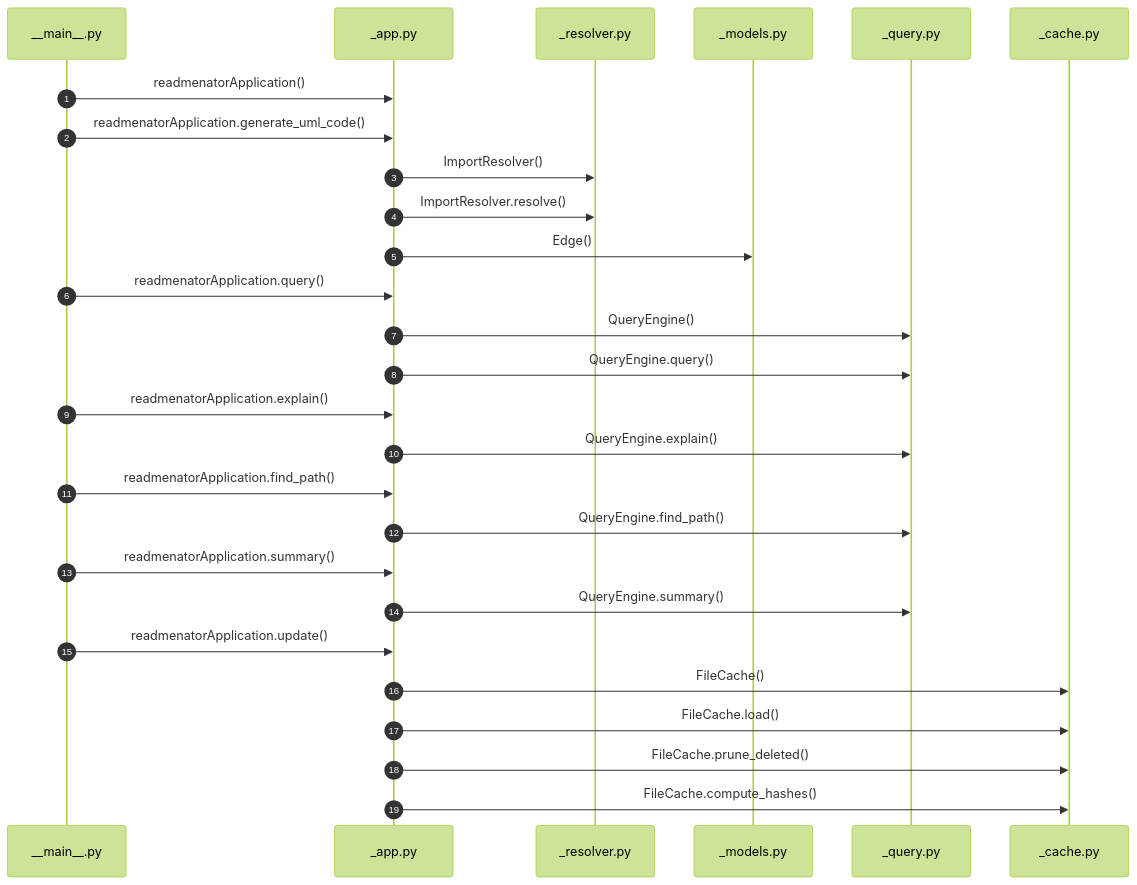
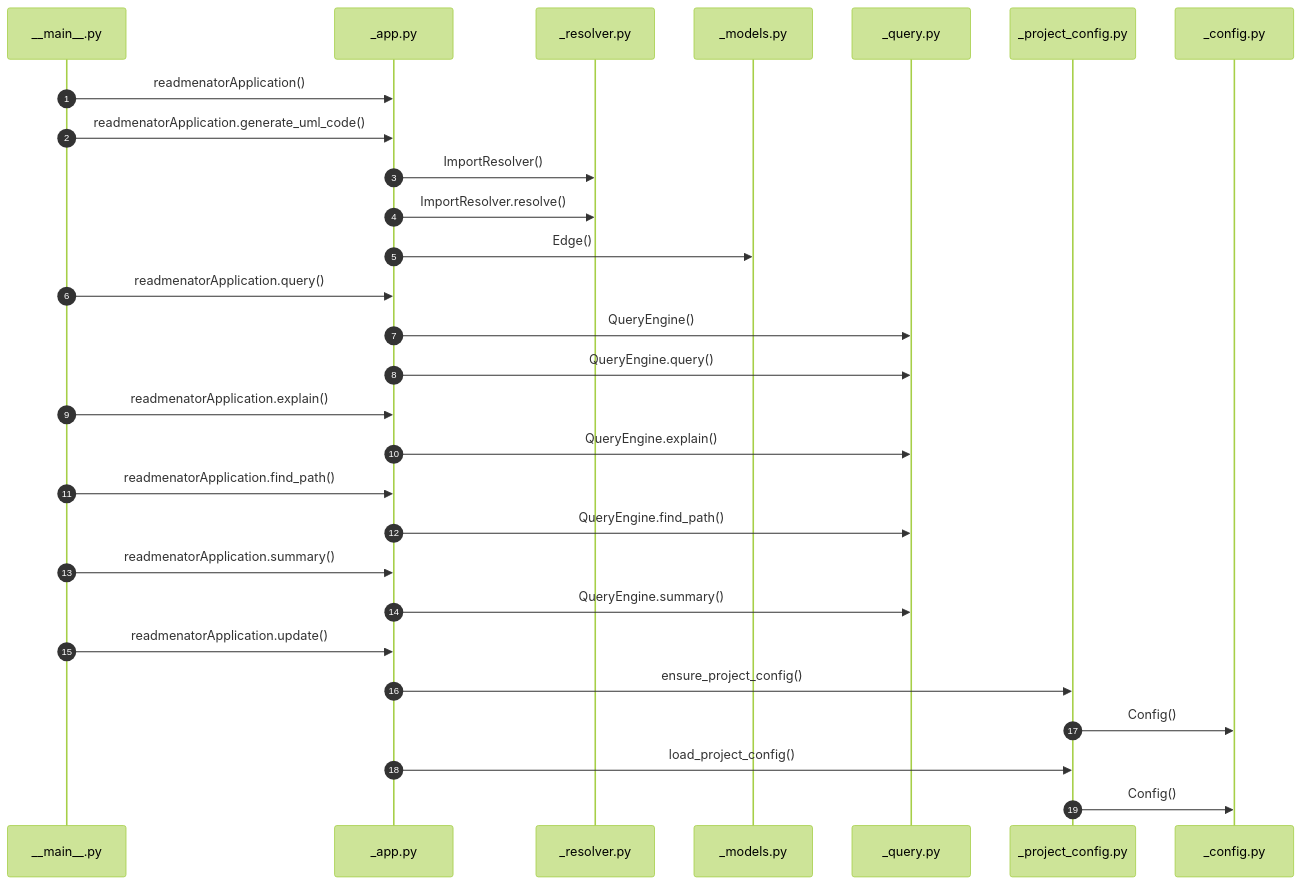
The fourth of 7 diagrams in readmenator-apidocs/architecture.md (grisuno/ReadMenator), drawn with Mermaid (forest theme) before and after one commit. The commit also changed other lines of this file and 334 other files, not shown here.

````diff
--- a/readmenator-apidocs/architecture.md
+++ b/readmenator-apidocs/architecture.md
@@ -525,29 +532,30 @@
 ```mermaid
 sequenceDiagram
     autonumber
     participant p_readmenator___main___py as __main__.py
     participant p_readmenator__app_py as _app.py
     participant p_readmenator__resolver_py as _resolver.py
     participant p_readmenator__models_py as _models.py
     participant p_readmenator__query_py as _query.py
-    participant p_readmenator__cache_py as _cache.py
+    participant p_readmenator__project_config_py as _project_config.py
+    participant p_readmenator__config_py as _config.py
     p_readmenator___main___py->>p_readmenator__app_py: readmenatorApplication()
     p_readmenator___main___py->>p_readmenator__app_py: readmenatorApplication.generate_uml_code()
     p_readmenator__app_py->>p_readmenator__resolver_py: ImportResolver()
     p_readmenator__app_py->>p_readmenator__resolver_py: ImportResolver.resolve()
     p_readmenator__app_py->>p_readmenator__models_py: Edge()
     p_readmenator___main___py->>p_readmenator__app_py: readmenatorApplication.query()
     p_readmenator__app_py->>p_readmenator__query_py: QueryEngine()
     p_readmenator__app_py->>p_readmenator__query_py: QueryEngine.query()
     p_readmenator___main___py->>p_readmenator__app_py: readmenatorApplication.explain()
     p_readmenator__app_py->>p_readmenator__query_py: QueryEngine.explain()
     p_readmenator___main___py->>p_readmenator__app_py: readmenatorApplication.find_path()
     p_readmenator__app_py->>p_readmenator__query_py: QueryEngine.find_path()
     p_readmenator___main___py->>p_readmenator__app_py: readmenatorApplication.summary()
     p_readmenator__app_py->>p_readmenator__query_py: QueryEngine.summary()
     p_readmenator___main___py->>p_readmenator__app_py: readmenatorApplication.update()
-    p_readmenator__app_py->>p_readmenator__cache_py: FileCache()
-    p_readmenator__app_py->>p_readmenator__cache_py: FileCache.load()
-    p_readmenator__app_py->>p_readmenator__cache_py: FileCache.prune_deleted()
-    p_readmenator__app_py->>p_readmenator__cache_py: FileCache.compute_hashes()
+    p_readmenator__app_py->>p_readmenator__project_config_py: ensure_project_config()
+    p_readmenator__project_config_py->>p_readmenator__config_py: Config()
+    p_readmenator__app_py->>p_readmenator__project_config_py: load_project_config()
+    p_readmenator__project_config_py->>p_readmenator__config_py: Config()
 ```
````
